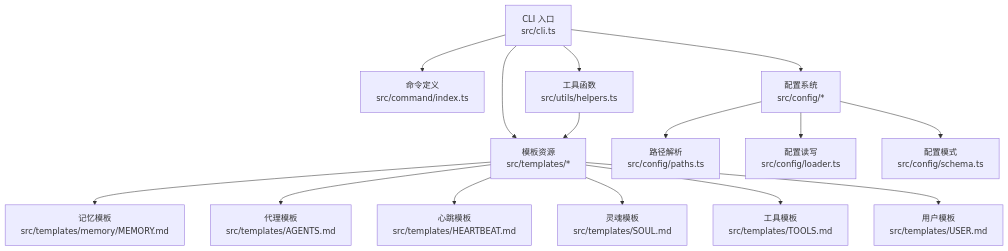
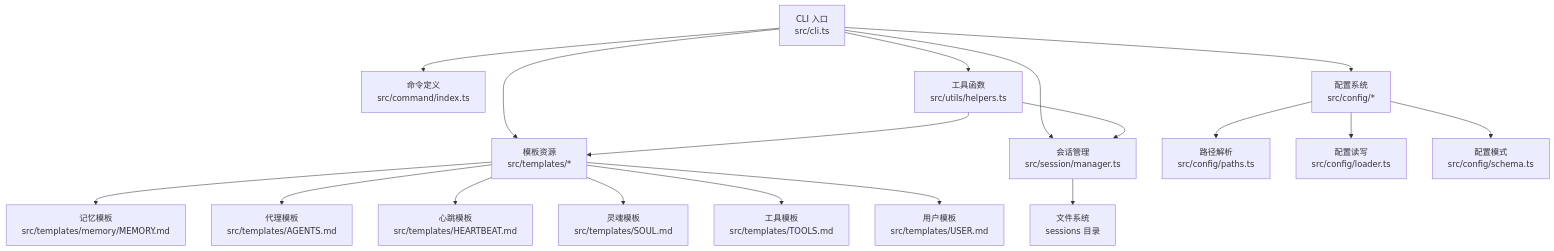
Before and after one commit to neciszhang/batbot: the first of 4 diagrams in .qoder/repowiki/zh/content/工作空间管理/工作空间管理.md, drawn with Mermaid. The commit also changed other lines of this file and 4 other files, not shown here.

````diff
--- a/.qoder/repowiki/zh/content/工作空间管理/工作空间管理.md
+++ b/.qoder/repowiki/zh/content/工作空间管理/工作空间管理.md
@@ -53,17 +65,20 @@
 ```mermaid
 graph TB
 CLI["CLI 入口<br/>src/cli.ts"] --> CMD["命令定义<br/>src/command/index.ts"]
 CLI --> CFG["配置系统<br/>src/config/*"]
 CLI --> UTIL["工具函数<br/>src/utils/helpers.ts"]
 CLI --> TPL["模板资源<br/>src/templates/*"]
+CLI --> SES["会话管理<br/>src/session/manager.ts"]
 CFG --> PATHS["路径解析<br/>src/config/paths.ts"]
 CFG --> LOADER["配置读写<br/>src/config/loader.ts"]
 CFG --> SCHEMA["配置模式<br/>src/config/schema.ts"]
 UTIL --> TPL
+UTIL --> SES
+SES --> FS["文件系统<br/>sessions 目录"]
 TPL --> MEM["记忆模板<br/>src/templates/memory/MEMORY.md"]
 TPL --> AG["代理模板<br/>src/templates/AGENTS.md"]
 TPL --> HB["心跳模板<br/>src/templates/HEARTBEAT.md"]
 TPL --> SOUL["灵魂模板<br/>src/templates/SOUL.md"]
 TPL --> TOOLS["工具模板<br/>src/templates/TOOLS.md"]
 TPL --> USER["用户模板<br/>src/templates/USER.md"]
 ```
````
